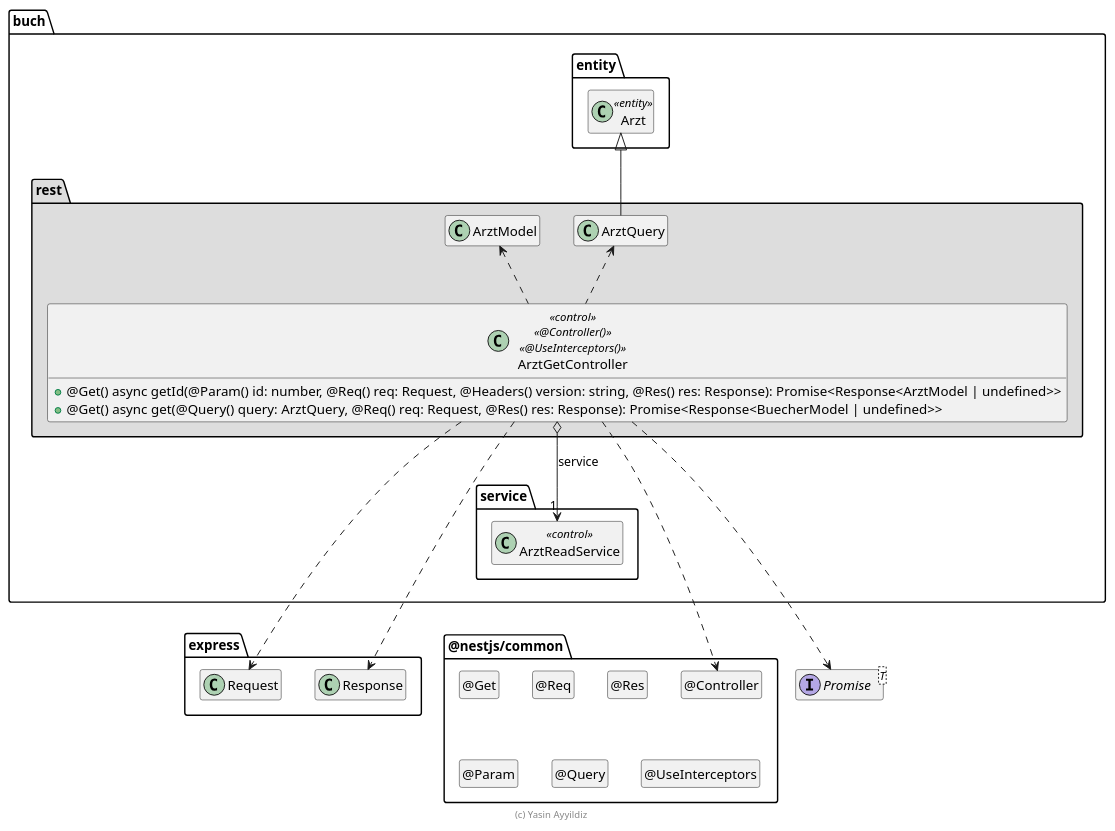
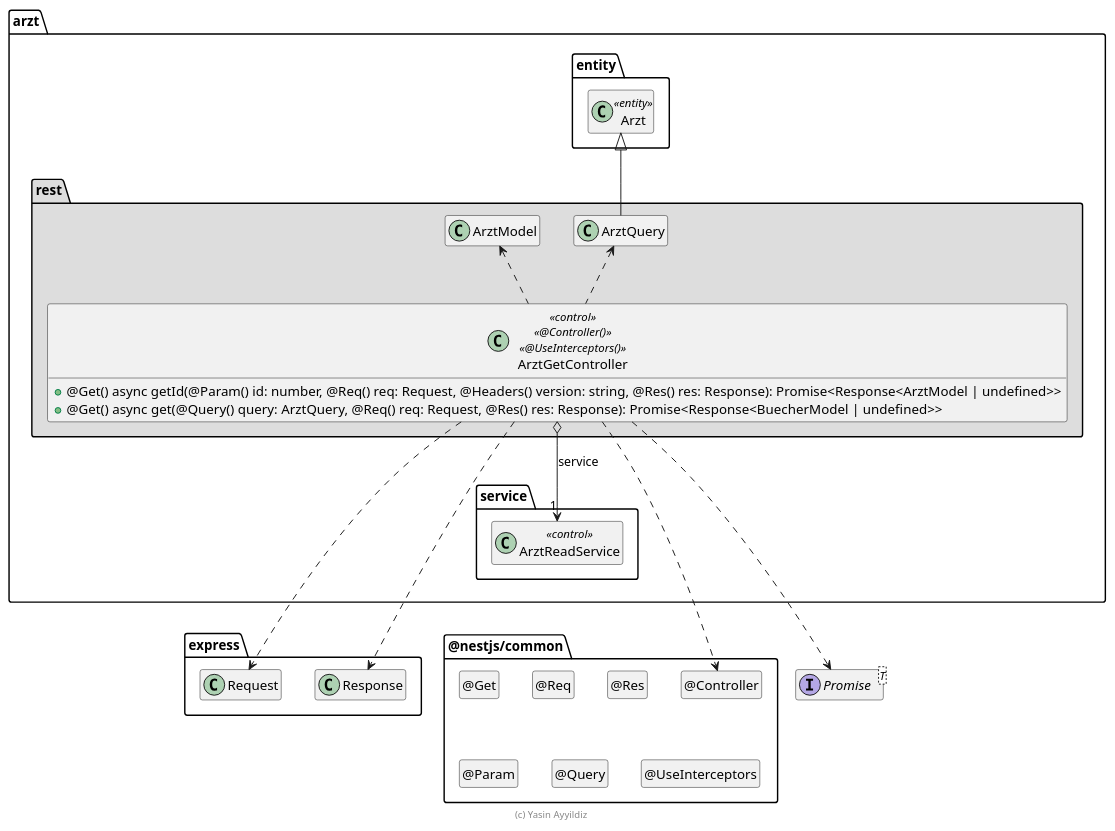
The diagram in .extras/doc/projekthandbuch/ArztGetController.plantuml (YasinEn03/arzt-v1), drawn with PlantUML before and after one commit. The commit also changed 2 other files, not shown here.

```diff
--- a/.extras/doc/projekthandbuch/ArztGetController.plantuml
+++ b/.extras/doc/projekthandbuch/ArztGetController.plantuml
@@ -18,74 +18,74 @@
 @startuml Controller-Klasse
 
 interface Promise<T>
 
 package @nestjs/common {
   class "@Controller" as Controller
   hide Controller circle
 
   class "@Get" as Get
   hide Get circle
 
   class "@Req" as Req
   hide Req circle
 
   class "@Res" as Res
   hide Res circle
 
   class "@Param" as Param
   hide Param circle
 
   class "@Query" as Query
   hide Query circle
 
   class "@UseInterceptors" as UseInterceptors
   hide UseInterceptors circle
 }
 
 package express {
   class Request
   class Response
 
   Response .[hidden].> Controller
 }
 
-package buch {
+package arzt {
   package entity #FFFFFF {
     class Arzt <<entity>>
 
     Arzt .[hidden].> Promise
     Arzt .[hidden].> Request
   }
 
   package service {
     class ArztReadService << control >>
   }
 
   package rest #DDDDDD {
     ArztQuery -up-|> Arzt
 
     class ArztGetController << control >> << @Controller() >> << @UseInterceptors() >> {
       + @Get() async getId(@Param() id: number, @Req() req: Request, @Headers() version: string, @Res() res: Response): Promise<Response<ArztModel | undefined>>
       + @Get() async get(@Query() query: ArztQuery, @Req() req: Request,  @Res() res: Response): Promise<Response<BuecherModel | undefined>>
     }
 
     ArztGetController o--> "1" ArztReadService : service
 
     ArztGetController ..> Controller
     ArztGetController ..> Request
     ArztGetController ..> Response
     ArztGetController ..> Promise
     ArztGetController .up.> ArztModel
     ArztGetController .up.> ArztQuery
 
     ArztReadService .[hidden].> Request
     ArztReadService .[hidden].> Promise
     Response .right[hidden].> Controller
   }
 }
 
 hide empty members
 
 footer (c) Yasin Ayyildiz
 
 @enduml
```
